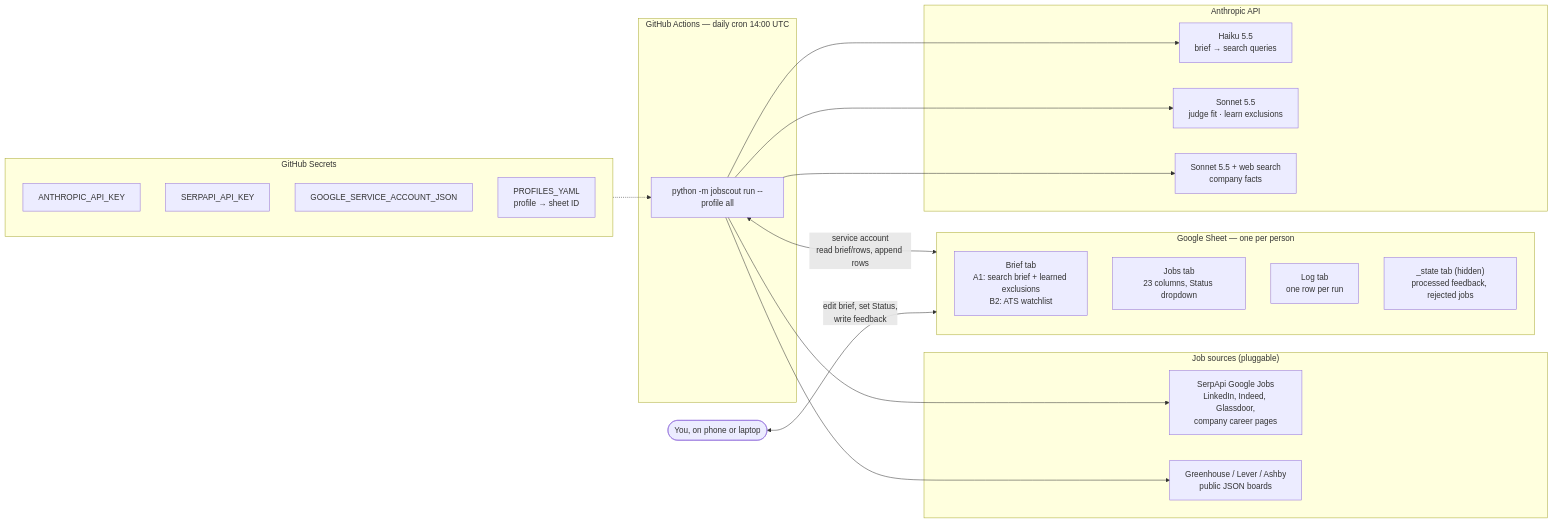
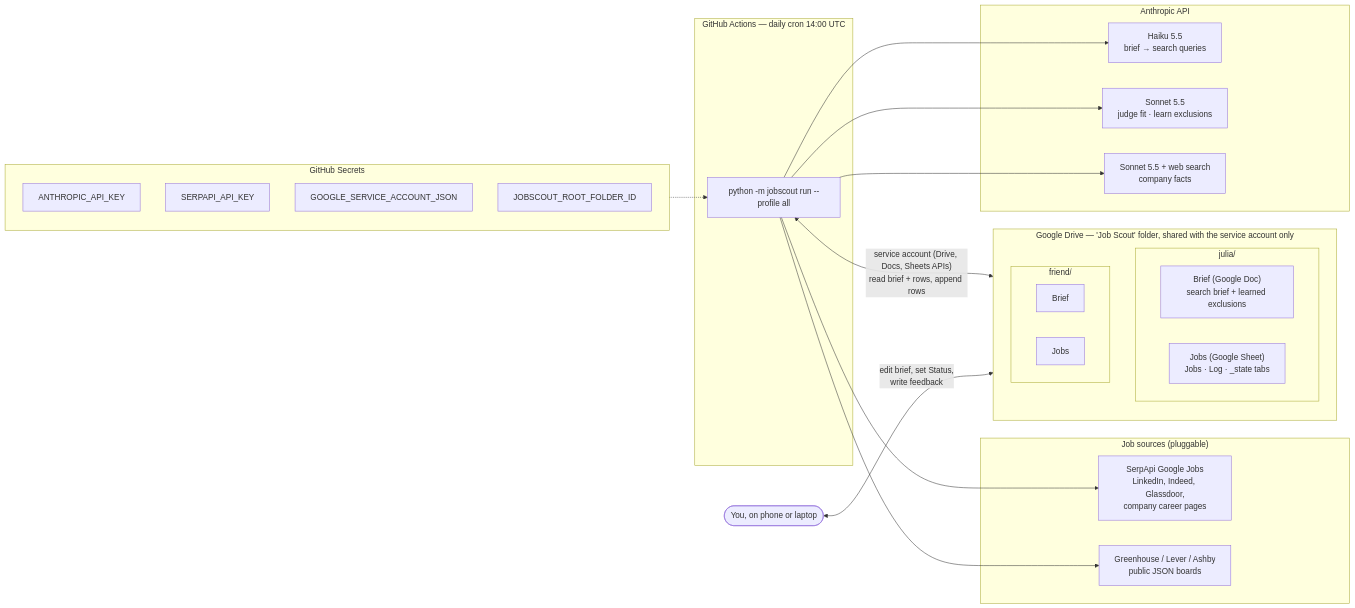
The first of 5 diagrams in docs/ARCHITECTURE.md (juliavasan/job-scout), drawn with Mermaid before and after one commit. The commit also changed other lines of this file and 12 other files, not shown here.

First line of the commit message:
Switch to Drive folder layout with a least-privilege service account

````diff
--- a/docs/ARCHITECTURE.md
+++ b/docs/ARCHITECTURE.md
@@ -9,41 +9,46 @@
 ```mermaid
 flowchart LR
     subgraph GH["GitHub Actions — daily cron 14:00 UTC"]
         CLI["python -m jobscout run --profile all"]
     end
 
     subgraph SECRETS["GitHub Secrets"]
         direction TB
         S1["ANTHROPIC_API_KEY"]
         S2["SERPAPI_API_KEY"]
         S3["GOOGLE_SERVICE_ACCOUNT_JSON"]
-        S4["PROFILES_YAML<br/>profile → sheet ID"]
+        S4["JOBSCOUT_ROOT_FOLDER_ID"]
     end
 
-    subgraph SHEET["Google Sheet — one per person"]
-        BRIEF["Brief tab<br/>A1: search brief + learned exclusions<br/>B2: ATS watchlist"]
-        JOBS["Jobs tab<br/>23 columns, Status dropdown"]
-        LOG["Log tab<br/>one row per run"]
-        STATE["_state tab (hidden)<br/>processed feedback, rejected jobs"]
+    subgraph DRIVE["Google Drive — 'Job Scout' folder, shared with the service account only"]
+        direction TB
+        subgraph P1["julia/"]
+            B1["Brief (Google Doc)<br/>search brief + learned exclusions"]
+            J1["Jobs (Google Sheet)<br/>Jobs · Log · _state tabs"]
+        end
+        subgraph P2["friend/"]
+            B2["Brief"]
+            J2["Jobs"]
+        end
     end
 
     subgraph SOURCES["Job sources (pluggable)"]
         SERP["SerpApi Google Jobs<br/>LinkedIn, Indeed, Glassdoor,<br/>company career pages"]
         ATS["Greenhouse / Lever / Ashby<br/>public JSON boards"]
     end
 
     subgraph CLAUDE["Anthropic API"]
         HAIKU["Haiku 5.5<br/>brief → search queries"]
         SONNET["Sonnet 5.5<br/>judge fit · learn exclusions"]
         WEB["Sonnet 5.5 + web search<br/>company facts"]
     end
 
     SECRETS -.-> CLI
-    CLI <-->|"service account<br/>read brief/rows, append rows"| SHEET
+    CLI <-->|"service account (Drive, Docs, Sheets APIs)<br/>read brief + rows, append rows"| DRIVE
     CLI --> HAIKU
     CLI --> SERP
     CLI --> ATS
     CLI --> SONNET
     CLI --> WEB
-    USER(["You, on phone or laptop"]) <-->|"edit brief, set Status,<br/>write feedback"| SHEET
+    USER(["You, on phone or laptop"]) <-->|"edit brief, set Status,<br/>write feedback"| DRIVE
 ```
````
